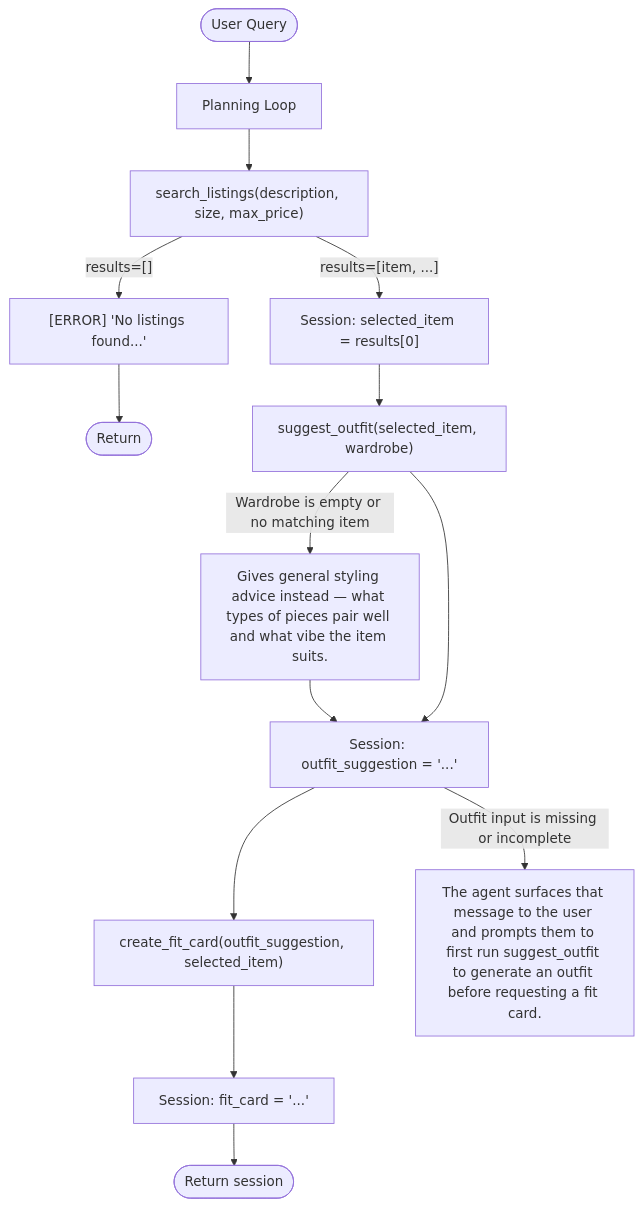
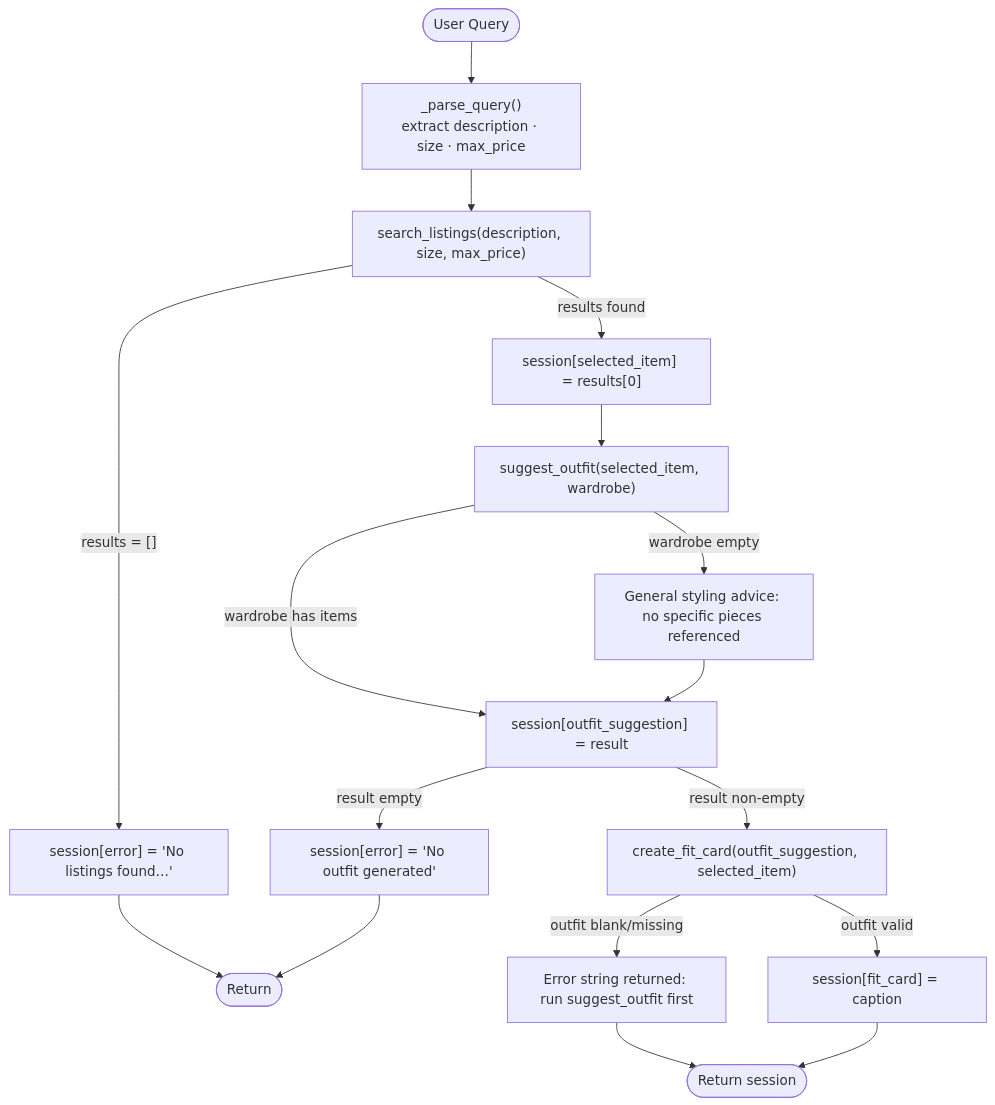
The diagram in planning.md (Rubey4112/ai201-project2-fitfindr-starter), drawn with Mermaid before and after one commit. The commit also changed other lines of this file and 4 other files, not shown here.

````diff
--- a/planning.md
+++ b/planning.md
@@ -183,22 +176,26 @@
 ```mermaid
 flowchart TD
-    A([User Query]) --> B[Planning Loop]
+    A([User Query]) --> P["_parse_query()\nextract description · size · max_price"]
 
-    B --> C["search_listings(description, size, max_price)"]
+    P --> C["search_listings(description, size, max_price)"]
 
-    C -- "results=[]" --> D["[ERROR] 'No listings found...'"]
-    D --> E([Return])
+    C -- "results = []" --> D["session[error] = 'No listings found…'"]
+    D --> Z([Return])
 
-    C -- "results=[item, ...]" --> F["Session: selected_item = results[0]"]
+    C -- "results found" --> F["session[selected_item] = results[0]"]
+    F --> G["suggest_outfit(selected_item, wardrobe)"]
 
-    F --> G["suggest_outfit(selected_item, wardrobe)"]
-    G -- "Wardrobe is empty or no matching item" --> L["Gives general styling advice instead — what types of pieces pair well and what vibe the item suits."]
+    G -- "wardrobe empty" --> L["General styling advice: no specific pieces referenced"]
+    G -- "wardrobe has items" --> H["session[outfit_suggestion] = result"]
     L --> H
-    G --> H["Session: outfit_suggestion = '...'"]
 
-    H --> I["create_fit_card(outfit_suggestion, selected_item)"]
-    H -- "Outfit input is missing or incomplete" -->M["The agent surfaces that message to the user and prompts them to first run suggest_outfit to generate an outfit before requesting a fit card."]
-    I --> J["Session: fit_card = '...'"]
+    H -- "result empty" --> ERR["session[error] = 'No outfit generated'"]
+    ERR --> Z
 
-    J --> K([Return session])
+    H -- "result non-empty" --> I["create_fit_card(outfit_suggestion, selected_item)"]
+    I -- "outfit blank/missing" --> M["Error string returned: run suggest_outfit first"]
+    I -- "outfit valid" --> J["session[fit_card] = caption"]
+
+    M --> K([Return session])
+    J --> K
 ```
````
